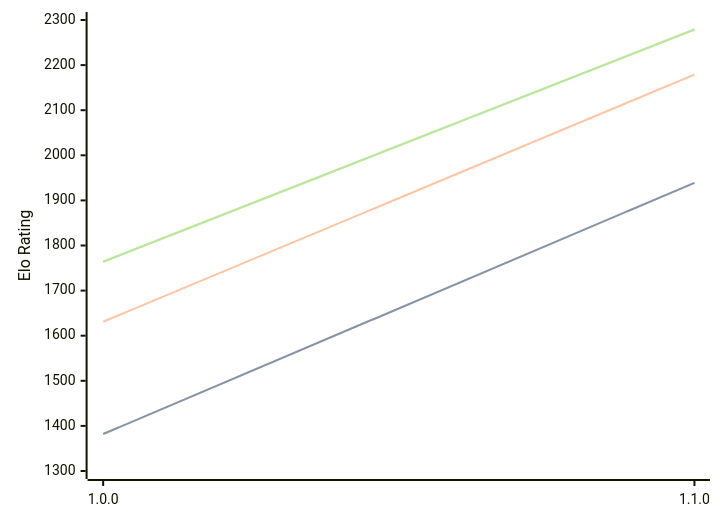
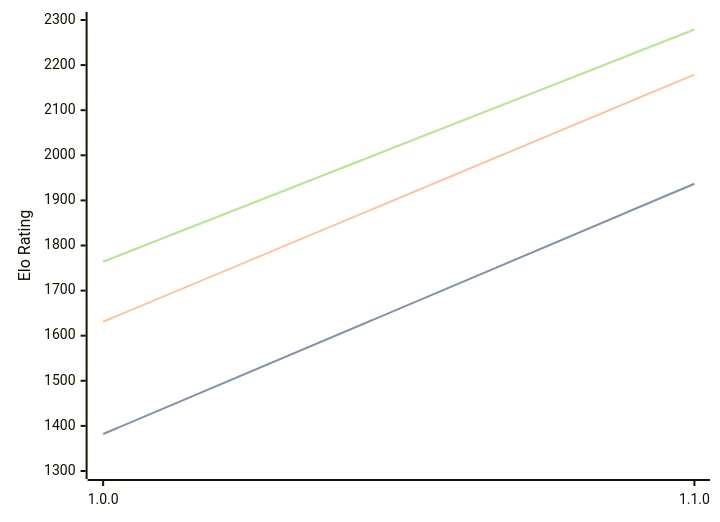
One commit to computer-chess-index/cci changed the diagram in engines/Akerbeltz.md. Above: the diagram before and after it, drawn with Mermaid. The commit also changed other lines of this file, not shown here.

````diff
--- a/engines/Akerbeltz.md
+++ b/engines/Akerbeltz.md
@@ -32,11 +32,11 @@
 ```mermaid
 %%{init: {"theme":"base","themeVariables":{"seriesColors:['#a3a3a3','#222221','#faa371']}}}%%
 xychart-beta
   x-axis ["1.0.0", "1.1.0"]
   y-axis "Elo Rating" 1300 --> 2300
-  line "STC (8.0+0.08s)" [1382, 1939]
-  line "STC (8.0+0.08s)" [1382, 1939]
+  line "STC (8.0+0.08s)" [1382, 1937]
+  line "STC (8.0+0.08s)" [1382, 1937]
   line "LTC (60.0+0.60s)" [1631, 2179]
   line "VLTC (2m24s+1.12s)" [1764, 2279]
   line "VLTC (2m24s+1.12s)" [1764, 2279]
 ```
````
